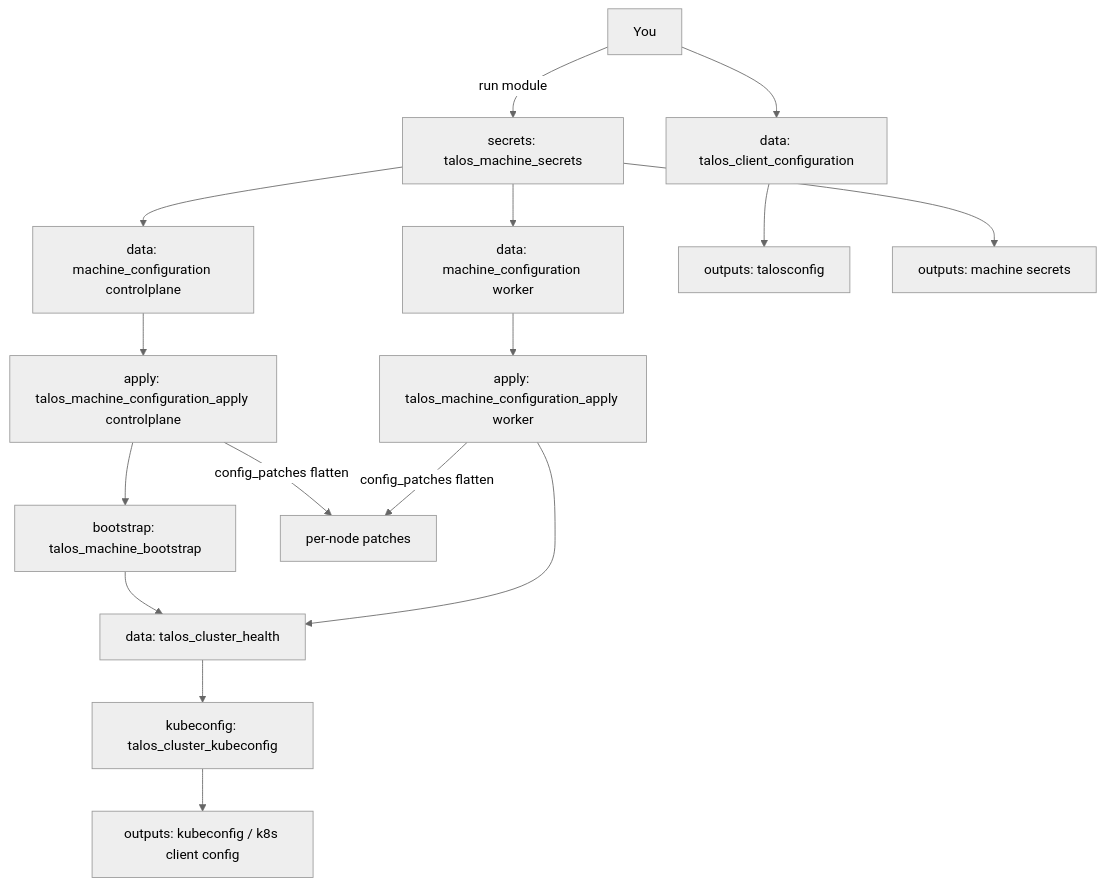
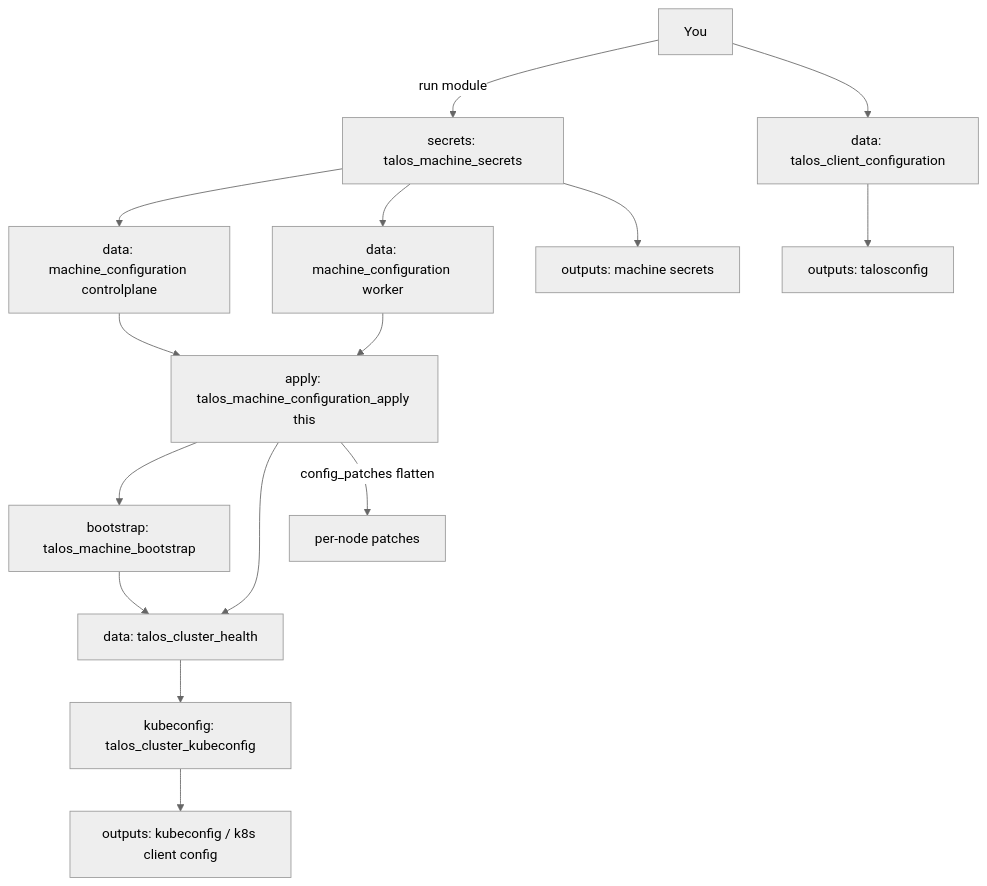
Before and after one commit to RocketPadPlatforms/talos-terraform: the diagram in AGENTS.md, drawn with Mermaid (neutral theme). The commit also changed other lines of this file and 1 other file, not shown here.

Commit message:
refactor(talos)!: unify controlplane/worker apply config
The two near-identical talos_machine_configuration_apply resources
were collapsed into a single resource keyed over both roles, removing
the duplicated patch composition and install handling.

BREAKING CHANGE: resource addresses changed from
talos_machine_configuration_apply.controlplane["<name>"] and
.worker["<name>"] to talos_machine_configuration_apply.this["..."].
Consumers with existing state must run tofu state mv for each node
instance before re-applying, or nodes will be recreated.

````diff
--- a/AGENTS.md
+++ b/AGENTS.md
@@ -91,18 +91,18 @@
 ```mermaid
 graph TD
   A[You] -->|run module| B[secrets: talos_machine_secrets]
   B --> C[data: machine_configuration controlplane]
   B --> D[data: machine_configuration worker]
-  C --> E[apply: talos_machine_configuration_apply controlplane]
-  D --> F[apply: talos_machine_configuration_apply worker]
+  C --> E[apply: talos_machine_configuration_apply this]
+
+  D --> E
   E --> G[bootstrap: talos_machine_bootstrap]
-  G --> H[data: talos_cluster_health]
-  F --> H
+  E --> H[data: talos_cluster_health]
+  G --> H
   H --> I[kubeconfig: talos_cluster_kubeconfig]
   A --> J[data: talos_client_configuration]
   J --> O[outputs: talosconfig]
   B --> K[outputs: machine secrets]
   I --> L[outputs: kubeconfig / k8s client config]
   E -->|config_patches flatten| M[per-node patches]
-  F -->|config_patches flatten| M
 ```
````
